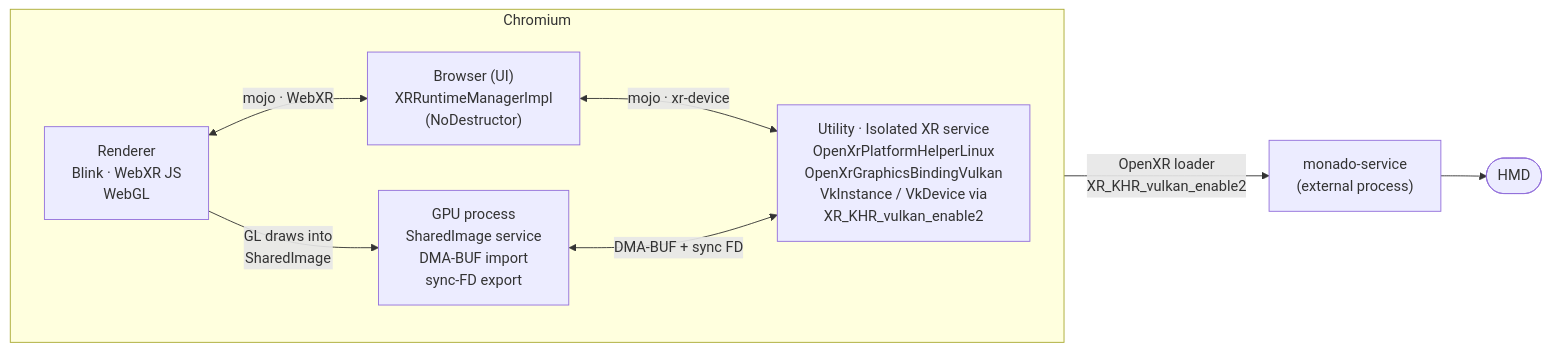
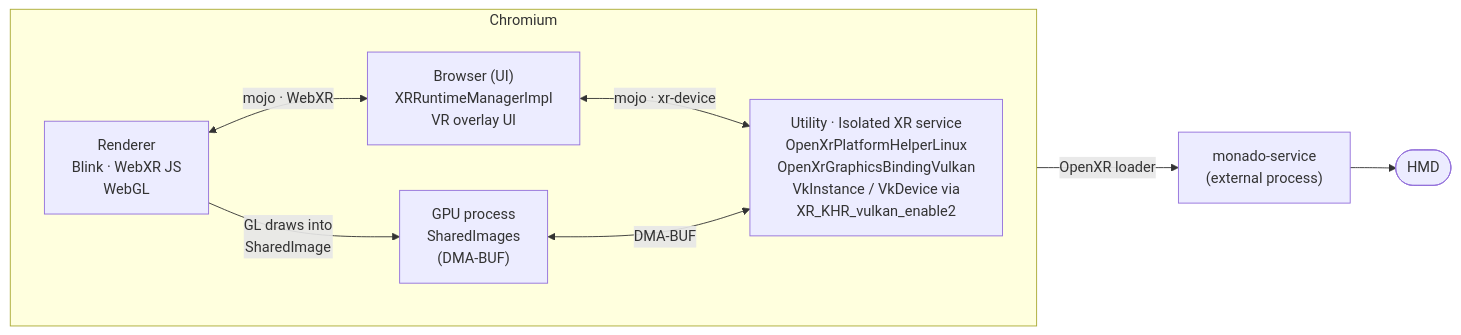
Before and after one commit to utzcoz/chromium-webxr-linux: the second of 4 diagrams in README.md, drawn with Mermaid. The commit also changed other lines of this file and 19 other files, not shown here.

````diff
--- a/README.md
+++ b/README.md
@@ -182,19 +161,19 @@
 ```mermaid
 flowchart LR
     subgraph Chromium
       direction LR
       R["Renderer<br/>Blink · WebXR JS<br/>WebGL"]
-      B["Browser (UI)<br/>XRRuntimeManagerImpl<br/>(NoDestructor)"]
-      G["GPU process<br/>SharedImage service<br/>DMA-BUF import<br/>sync-FD export"]
+      B["Browser (UI)<br/>XRRuntimeManagerImpl<br/>VR overlay UI"]
+      G["GPU process<br/>SharedImages<br/>(DMA-BUF)"]
       U["Utility · Isolated XR service<br/>OpenXrPlatformHelperLinux<br/>OpenXrGraphicsBindingVulkan<br/>VkInstance / VkDevice via<br/>XR_KHR_vulkan_enable2"]
     end
     M["monado-service<br/>(external process)"]
     H(["HMD"])
 
     R <-->|mojo · WebXR| B
     B <-->|mojo · xr-device| U
     R -->|GL draws into<br/>SharedImage| G
-    G <-->|DMA-BUF + sync FD| U
-    U -->|OpenXR loader<br/>XR_KHR_vulkan_enable2| M
+    G <-->|DMA-BUF| U
+    U -->|OpenXR loader| M
     M --> H
 ```
````
